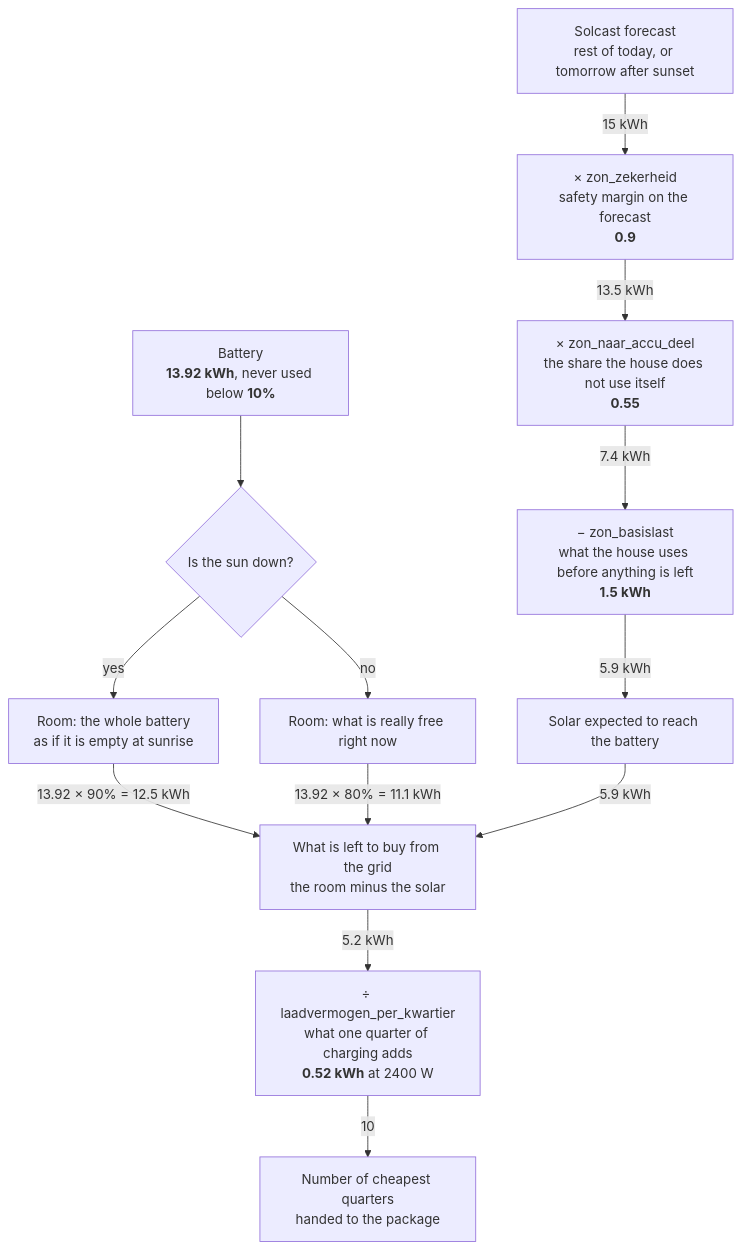
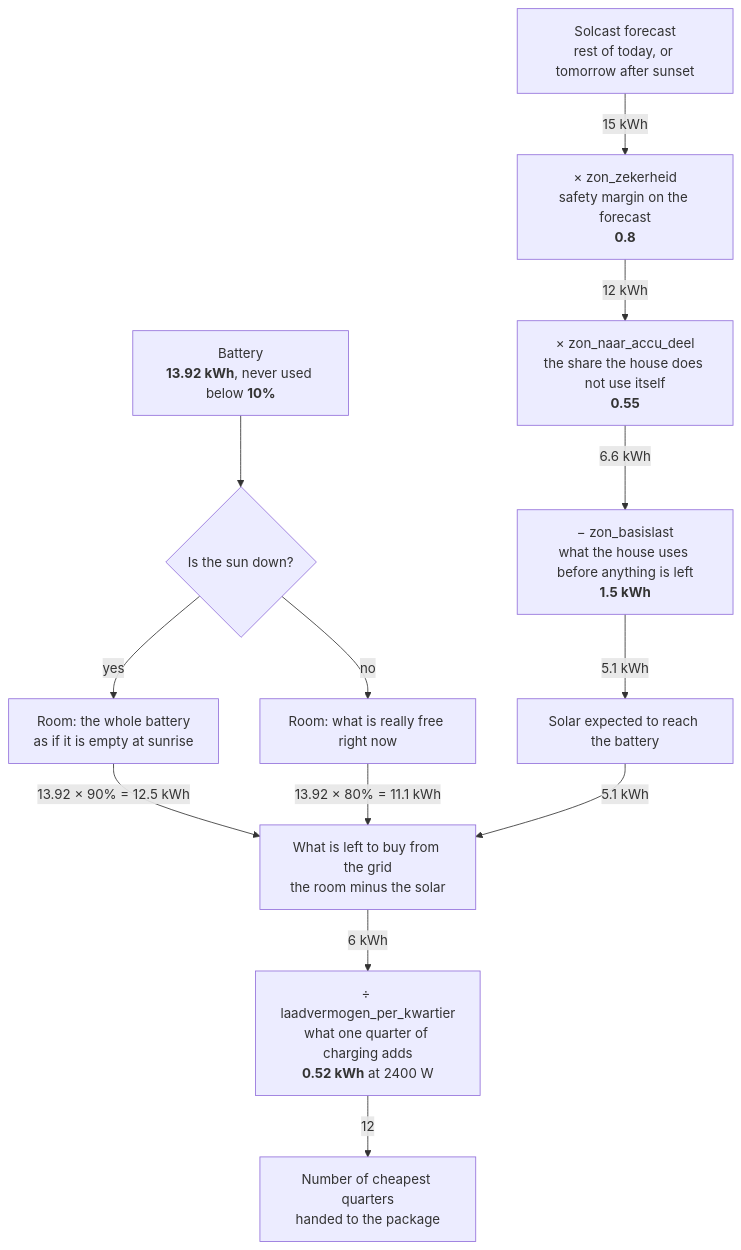
Before and after one commit to christianvaes/home-assistant: the diagram in automations/README.md, drawn with Mermaid. The commit also changed other lines of this file and 1 other file, not shown here.

Commit message:
Lower the forecast margin to 0.8
- Solcast ran 20 percent or more high on four of the last five days and its dampening has not kicked in, so the day plan caught up only after the cheap midday quarters had passed
- Update the diagram, the worked example and the assumptions table to the new margin

````diff
--- a/automations/README.md
+++ b/automations/README.md
@@ -54,15 +54,15 @@
 ```mermaid
 flowchart TD
-    F["Solcast forecast<br>rest of today, or tomorrow after sunset"] -->|15 kWh| M["× zon_zekerheid<br>safety margin on the forecast<br><b>0.9</b>"]
-    M -->|13.5 kWh| S["× zon_naar_accu_deel<br>the share the house does not use itself<br><b>0.55</b>"]
-    S -->|7.4 kWh| B["− zon_basislast<br>what the house uses before anything is left<br><b>1.5 kWh</b>"]
-    B -->|5.9 kWh| E["Solar expected to reach the battery"]
+    F["Solcast forecast<br>rest of today, or tomorrow after sunset"] -->|15 kWh| M["× zon_zekerheid<br>safety margin on the forecast<br><b>0.8</b>"]
+    M -->|12 kWh| S["× zon_naar_accu_deel<br>the share the house does not use itself<br><b>0.55</b>"]
+    S -->|6.6 kWh| B["− zon_basislast<br>what the house uses before anything is left<br><b>1.5 kWh</b>"]
+    B -->|5.1 kWh| E["Solar expected to reach the battery"]
     C["Battery<br><b>13.92 kWh</b>, never used below <b>10%</b>"] --> D{"Is the sun down?"}
     D -->|yes| R1["Room: the whole battery<br>as if it is empty at sunrise"]
     D -->|no| R2["Room: what is really free right now"]
     R1 -->|"13.92 × 90% = 12.5 kWh"| N
     R2 -->|"13.92 × 80% = 11.1 kWh"| N
-    E -->|5.9 kWh| N["What is left to buy from the grid<br>the room minus the solar"]
-    N -->|5.2 kWh| Q["÷ laadvermogen_per_kwartier<br>what one quarter of charging adds<br><b>0.52 kWh</b> at 2400 W"]
-    Q -->|10| X["Number of cheapest quarters<br>handed to the package"]
+    E -->|5.1 kWh| N["What is left to buy from the grid<br>the room minus the solar"]
+    N -->|6 kWh| Q["÷ laadvermogen_per_kwartier<br>what one quarter of charging adds<br><b>0.52 kWh</b> at 2400 W"]
+    Q -->|12| X["Number of cheapest quarters<br>handed to the package"]
 ```
````
